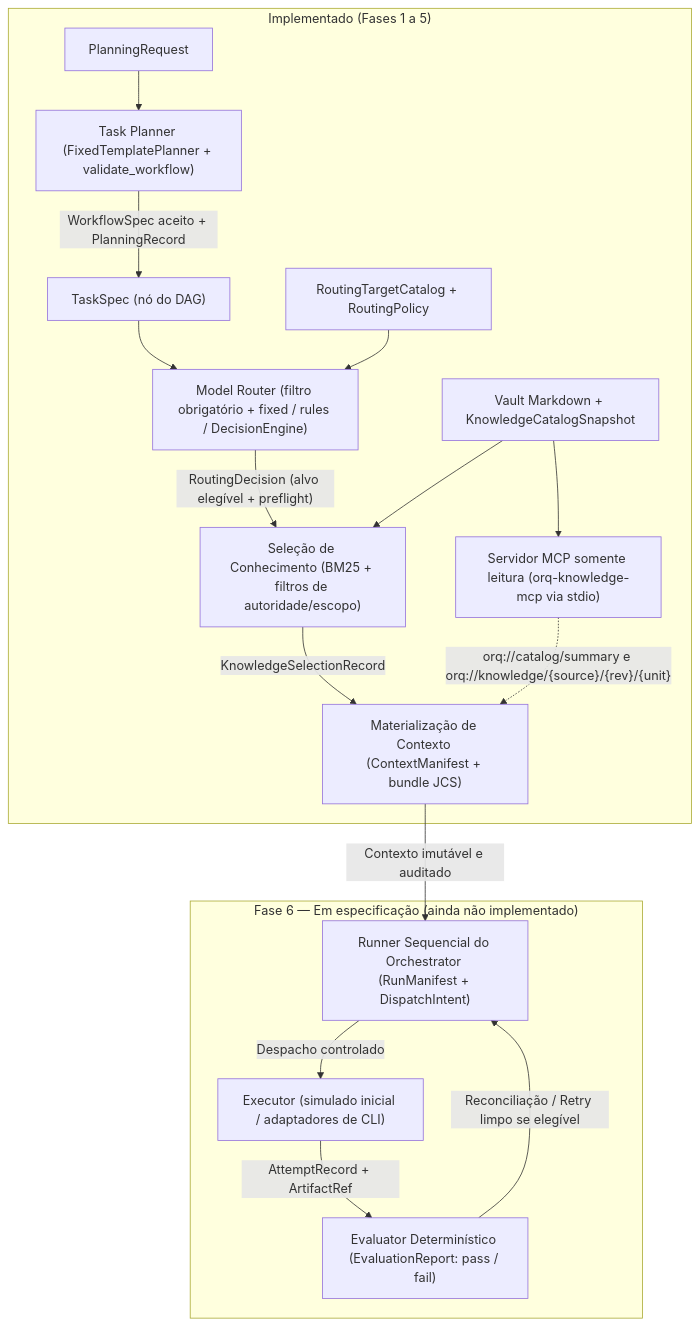
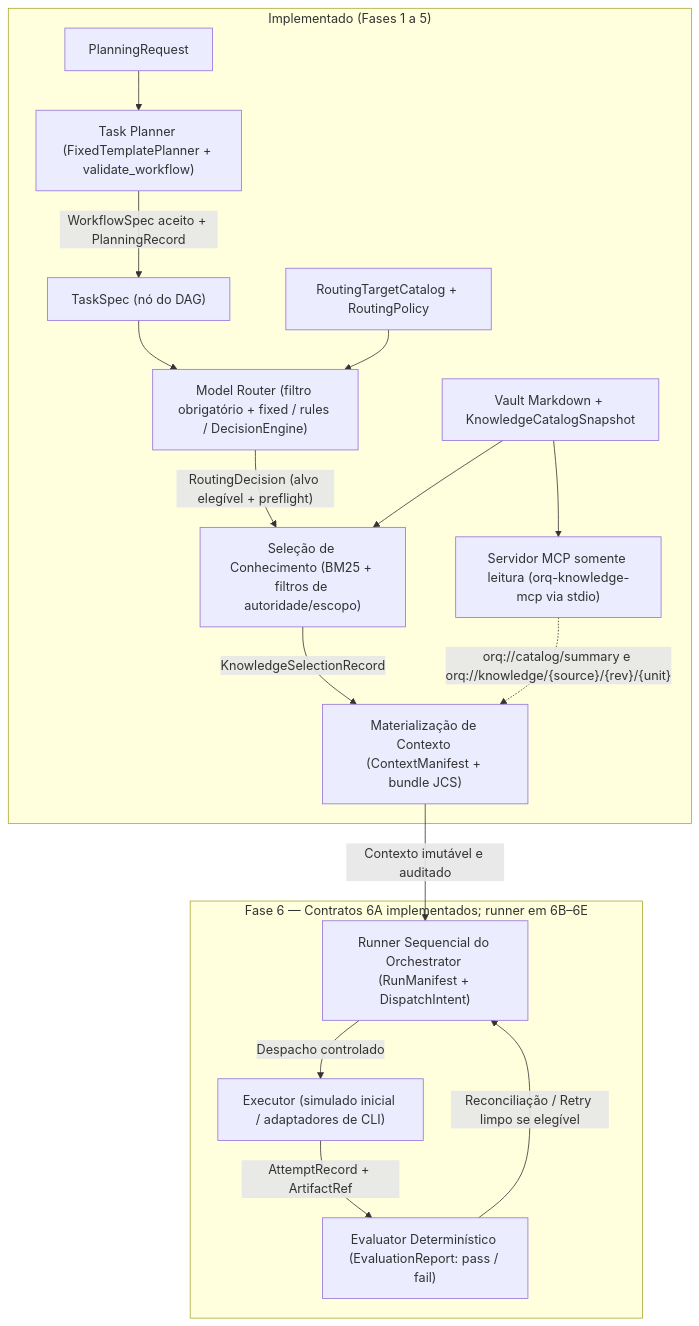
One commit to huguerra1/orq changed the diagram in README.md. Above: the diagram before and after it, drawn with Mermaid. The commit also changed other lines of this file and 40 other files, not shown here.

Commit message:
Implementa o incremento 6A: schemas, fixtures e testes dos contratos de execução

````diff
--- a/README.md
+++ b/README.md
@@ -36,24 +36,24 @@
 ```mermaid
 flowchart TD
     subgraph Implementado["Implementado (Fases 1 a 5)"]
         PR["PlanningRequest"] --> PLAN["Task Planner (FixedTemplatePlanner + validate_workflow)"]
         PLAN -->|"WorkflowSpec aceito + PlanningRecord"| TASK["TaskSpec (nó do DAG)"]
 
         TASK --> ROUTER["Model Router (filtro obrigatório + fixed / rules / DecisionEngine)"]
         CAT_T["RoutingTargetCatalog + RoutingPolicy"] --> ROUTER
         ROUTER -->|"RoutingDecision (alvo elegível + preflight)"| CTX_SEL["Seleção de Conhecimento (BM25 + filtros de autoridade/escopo)"]
 
         VAULT["Vault Markdown + KnowledgeCatalogSnapshot"] --> CTX_SEL
         CTX_SEL -->|"KnowledgeSelectionRecord"| CTX_MAT["Materialização de Contexto (ContextManifest + bundle JCS)"]
 
         VAULT --> MCP["Servidor MCP somente leitura (orq-knowledge-mcp via stdio)"]
         MCP -.->|"orq://catalog/summary e orq://knowledge/{source}/{rev}/{unit}"| CTX_MAT
     end
 
-    subgraph Fase6["Fase 6 — Em especificação (ainda não implementado)"]
+    subgraph Fase6["Fase 6 — Contratos 6A implementados; runner em 6B–6E"]
         CTX_MAT -->|"Contexto imutável e auditado"| RUNNER["Runner Sequencial do Orchestrator (RunManifest + DispatchIntent)"]
         RUNNER -->|"Despacho controlado"| EXEC["Executor (simulado inicial / adaptadores de CLI)"]
         EXEC -->|"AttemptRecord + ArtifactRef"| EVAL["Evaluator Determinístico (EvaluationReport: pass / fail)"]
         EVAL -->|"Reconciliação / Retry limpo se elegível"| RUNNER
     end
 ```
````
